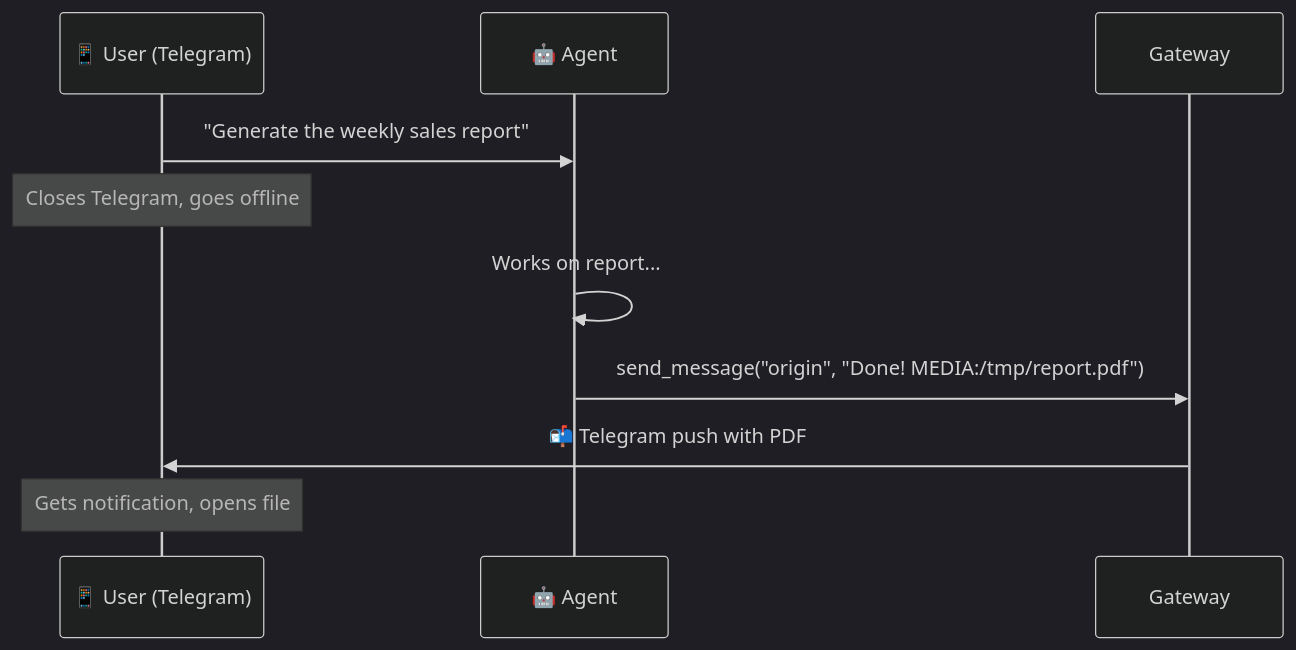
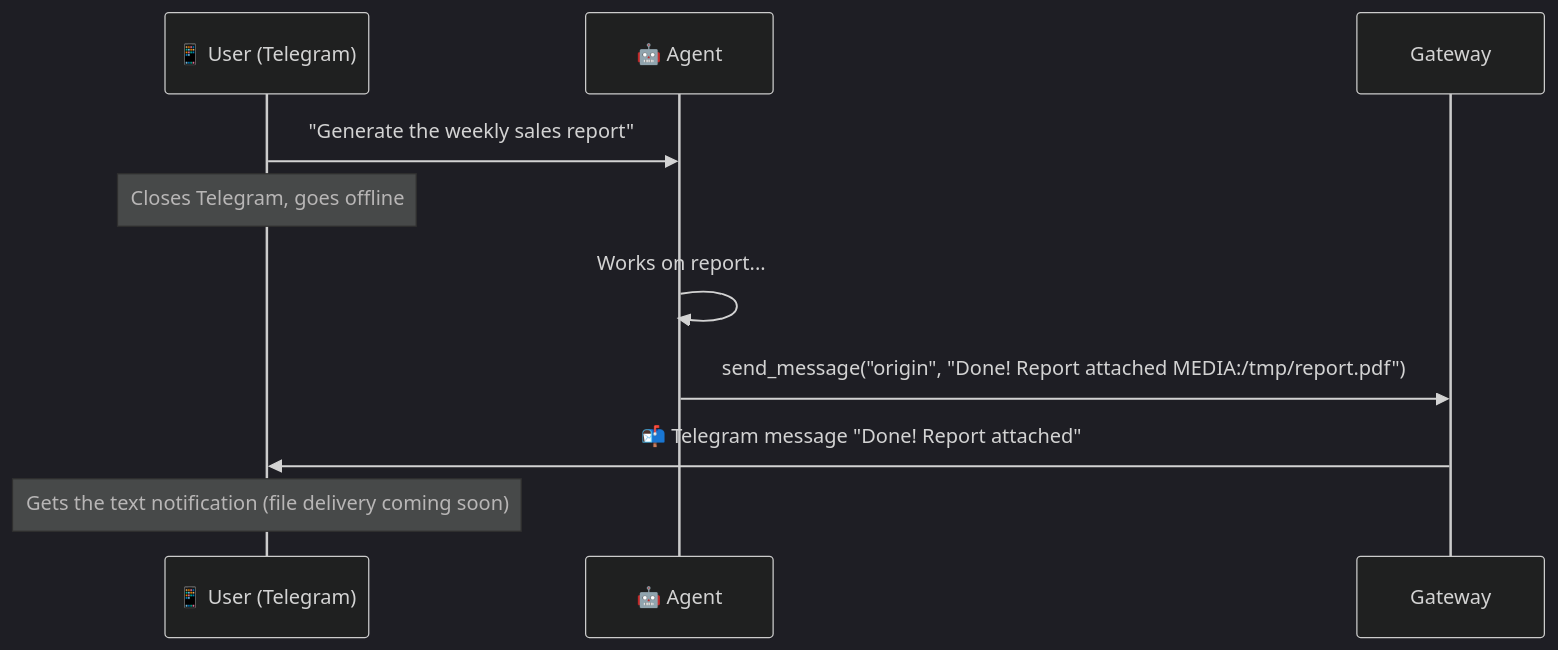
Before and after one commit to MervinPraison/PraisonAIDocs: the fifth of 5 diagrams in docs/features/send-message-tool.mdx, drawn with Mermaid (dark theme). The commit also changed other lines of this file, not shown here.

First line of the commit message:
docs: update send-message-tool for observed targets + media downgrade behaviour (fixes #1006)

````diff
--- a/docs/features/send-message-tool.mdx
+++ b/docs/features/send-message-tool.mdx
@@ -226,13 +232,13 @@
 ```mermaid
 sequenceDiagram
     participant User as 📱 User (Telegram)
     participant Bot as 🤖 Agent
     participant Gateway
 
     User->>Bot: "Generate the weekly sales report"
     Note over User: Closes Telegram, goes offline
     Bot->>Bot: Works on report...
-    Bot->>Gateway: send_message("origin", "Done! MEDIA:/tmp/report.pdf")
-    Gateway->>User: 📬 Telegram push with PDF
-    Note over User: Gets notification, opens file
+    Bot->>Gateway: send_message("origin", "Done! Report attached MEDIA:/tmp/report.pdf")
+    Gateway->>User: 📬 Telegram message "Done! Report attached"
+    Note over User: Gets the text notification (file delivery coming soon)
 ```
````
